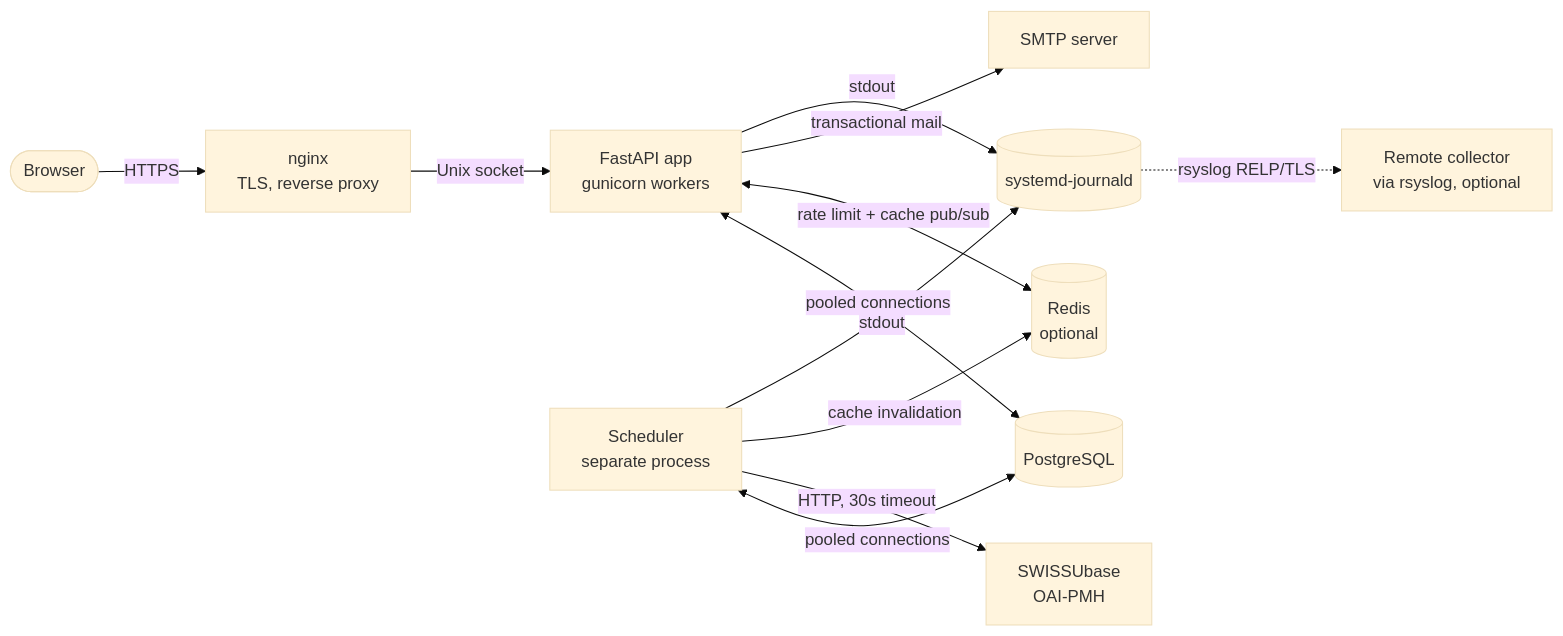
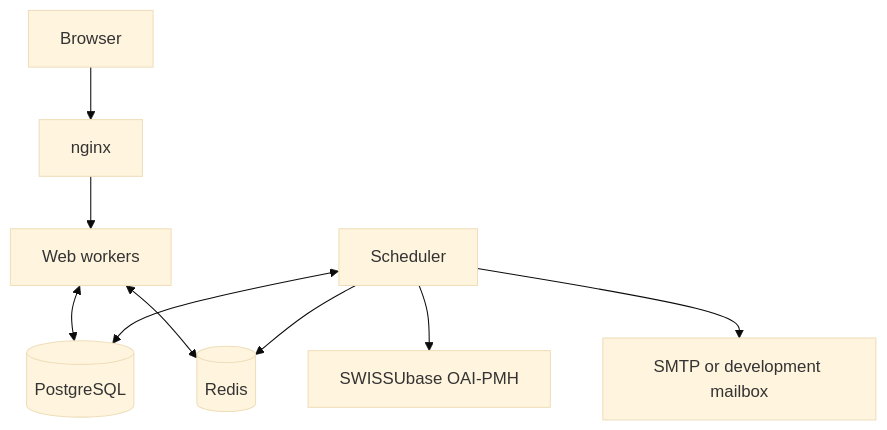
The diagram in docs/architecture/overview.md (CFutter/sec_hum_oralhistarchiv_web_app), drawn with Mermaid (base theme) before and after one commit. The commit also changed other lines of this file and 393 other files, not shown here.

````diff
--- a/docs/architecture/overview.md
+++ b/docs/architecture/overview.md
@@ -7,25 +7,11 @@
 ```mermaid
-flowchart LR
-    Browser([Browser])
-    Nginx[nginx<br/>TLS, reverse proxy]
-    App[FastAPI app<br/>gunicorn workers]
-    Sched[Scheduler<br/>separate process]
-    DB[(PostgreSQL)]
-    Redis[(Redis<br/>optional)]
-    OAI[SWISSUbase<br/>OAI-PMH]
-    SMTP[SMTP server]
-    Journal[(systemd-journald)]
-    Syslog[Remote collector<br/>via rsyslog, optional]
-
-    Browser -->|HTTPS| Nginx
-    Nginx -->|Unix socket| App
-    App <-->|pooled connections| DB
-    Sched <-->|pooled connections| DB
-    Sched -->|HTTP, 30s timeout| OAI
-    App <-->|rate limit + cache pub/sub| Redis
-    Sched -->|cache invalidation| Redis
-    App -->|transactional mail| SMTP
-    App -->|stdout| Journal
-    Sched -->|stdout| Journal
-    Journal -.->|rsyslog RELP/TLS| Syslog
+flowchart TD
+    Browser[Browser] --> Nginx[nginx]
+    Nginx --> Web[Web workers]
+    Web <--> DB[(PostgreSQL)]
+    Scheduler[Scheduler] <--> DB
+    Scheduler --> OAI[SWISSUbase OAI-PMH]
+    Scheduler --> SMTP[SMTP or development mailbox]
+    Web <--> Redis[(Redis)]
+    Scheduler --> Redis
 ```
````
